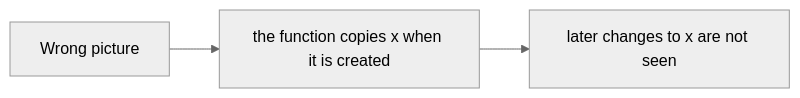
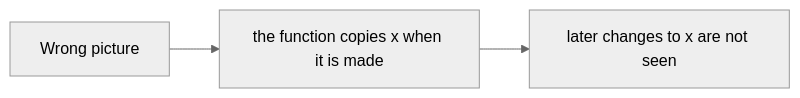
The eighth of 12 diagrams in learn/javascript/05-closures.md (starjustice/research-material), drawn with Mermaid (neutral theme) before and after one commit. The commit also changed other lines of this file and 10 other files, not shown here.

````diff
--- a/learn/javascript/05-closures.md
+++ b/learn/javascript/05-closures.md
@@ -133,5 +131,5 @@
 ```mermaid
 graph LR
-    A["Wrong picture"] --> B["the function copies x when it is created"]
+    A["Wrong picture"] --> B["the function copies x when it is made"]
     B --> C["later changes to x are not seen"]
 ```
````
